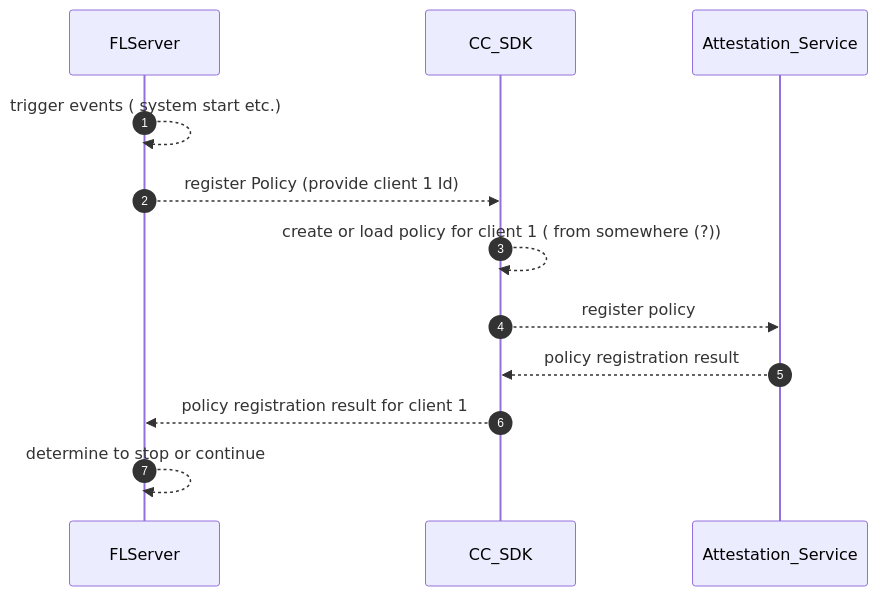
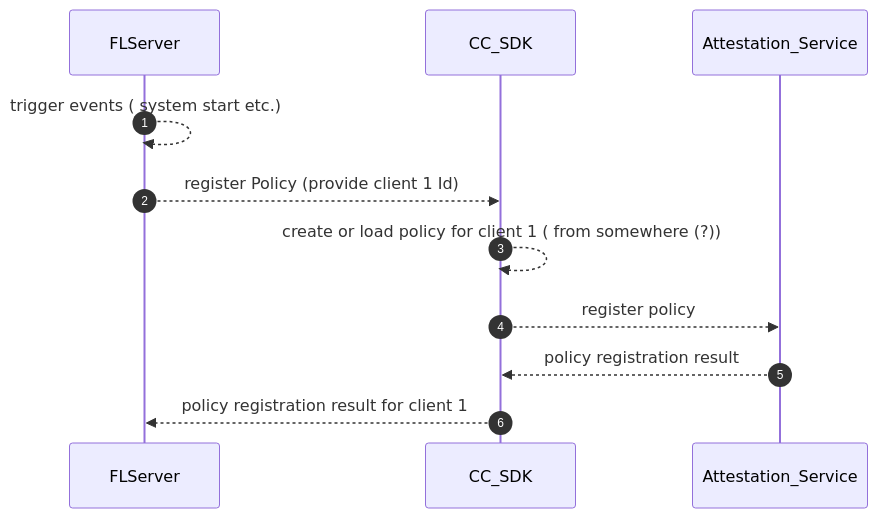
Before and after one commit to hitesh-ag1/NVFlare: the second of 5 diagrams in docs/confidential_computing/detailed_cc_sequence_diagram.md, drawn with Mermaid.

Commit message:
Sequence diagram for CC

````diff
--- a/docs/confidential_computing/detailed_cc_sequence_diagram.md
+++ b/docs/confidential_computing/detailed_cc_sequence_diagram.md
@@ -35,16 +35,15 @@
 ```mermaid
 sequenceDiagram
    autonumber
     participant FLServer
     participant CC_SDK
     participant Attestation_Service
 
     FLServer -->> FLServer: trigger events ( system start etc.)
     FLServer -->> CC_SDK: register Policy (provide client 1 Id) 
     CC_SDK -->> CC_SDK: create or load policy for client 1  ( from somewhere (?))
     CC_SDK -->> Attestation_Service: register policy
     Attestation_Service -->> CC_SDK: policy registration result
     CC_SDK -->> FLServer: policy registration result for client 1
-    FLServer -->> FLServer: determine to stop or continue 
  
 ```
````
